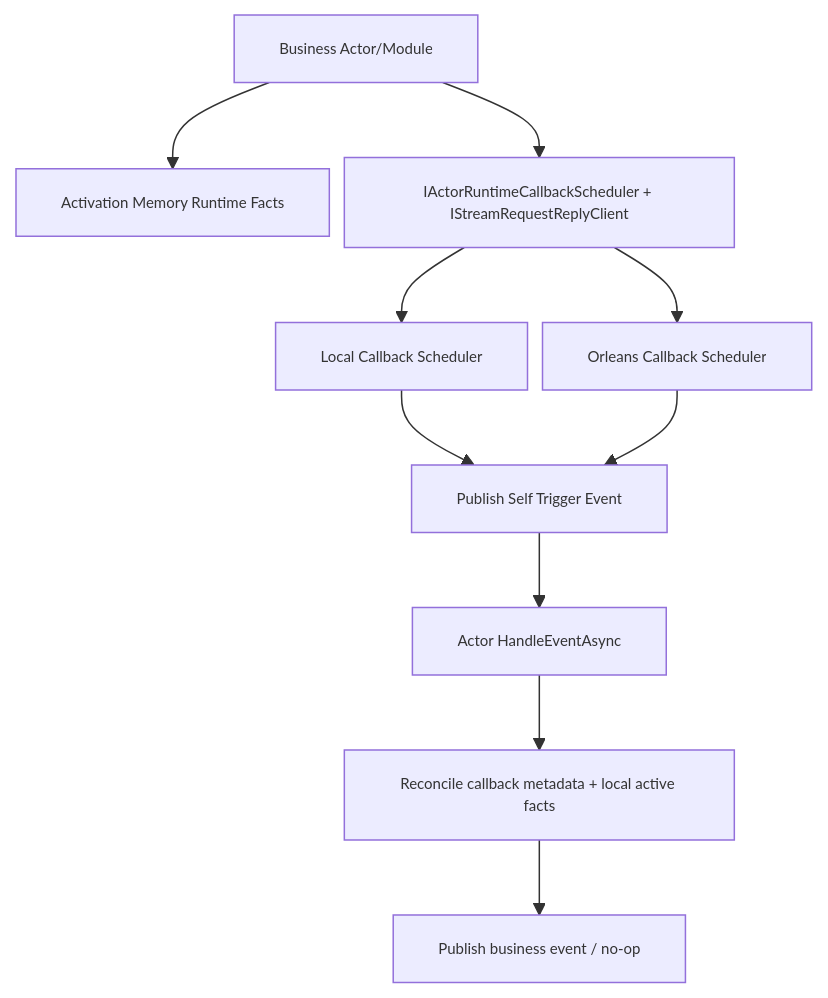
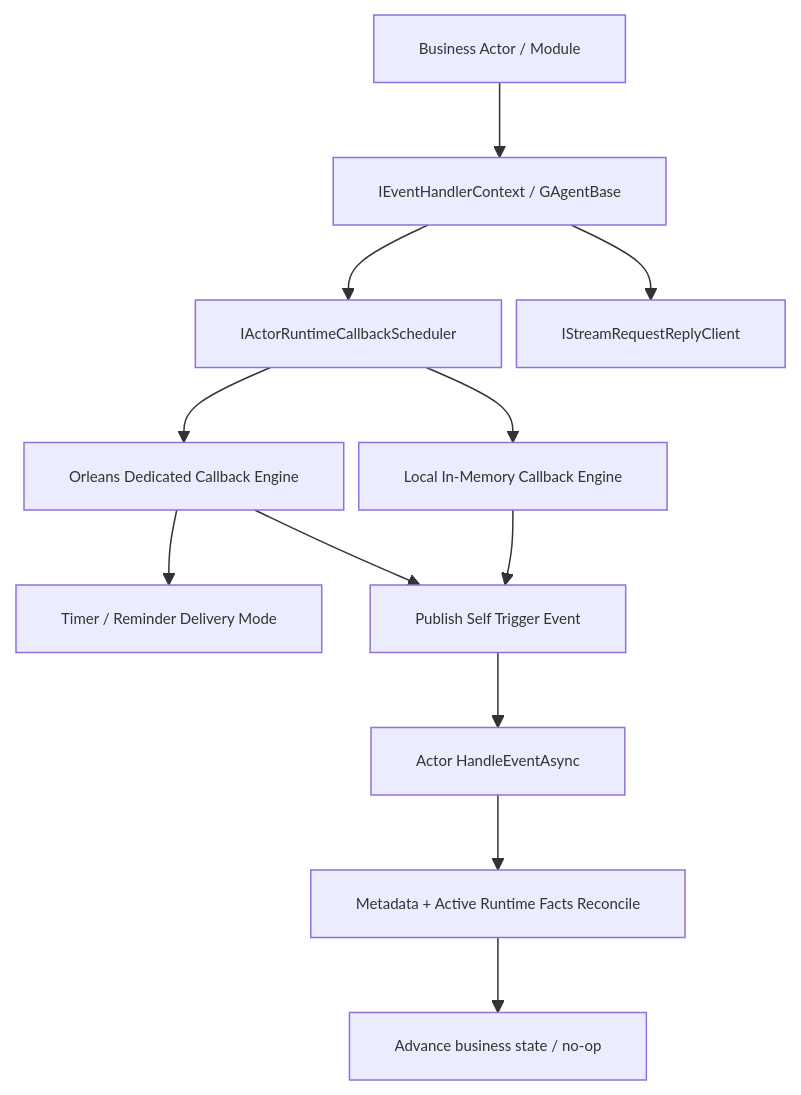
Before and after one commit to aevatarAI/aevatar: the diagram in docs/architecture/actor-runtime-stream-callback-request-reply-capability-refactor-blueprint-2026-03-05.md, drawn with Mermaid. The commit also changed other lines of this file and 30 other files, not shown here.

First line of the commit message:
Refactor actor runtime callback scheduler to enforce durable-only semantics

````diff
--- a/docs/architecture/actor-runtime-stream-callback-request-reply-capability-refactor-blueprint-2026-03-05.md
+++ b/docs/architecture/actor-runtime-stream-callback-request-reply-capability-refactor-blueprint-2026-03-05.md
@@ -75,13 +50,15 @@
 ```mermaid
 %%{init: {"maxTextSize": 100000, "flowchart": {"useMaxWidth": false, "nodeSpacing": 10, "rankSpacing": 50}, "themeVariables": {"fontSize": "10px"}}}%%
 flowchart TB
-    BIZ["Business Actor/Module"] --> MEM["Activation Memory Runtime Facts"]
-    BIZ --> ABS["IActorRuntimeCallbackScheduler + IStreamRequestReplyClient"]
-    ABS --> LOC["Local Callback Scheduler"]
-    ABS --> ORL["Orleans Callback Scheduler"]
+    BIZ["Business Actor / Module"] --> CTX["IEventHandlerContext / GAgentBase"]
+    CTX --> DUR["IActorRuntimeCallbackScheduler"]
+    CTX --> RR["IStreamRequestReplyClient"]
+    DUR --> LOC["Local In-Memory Callback Engine"]
+    DUR --> ORL["Orleans Dedicated Callback Engine"]
+    ORL --> DM["Timer / Reminder Delivery Mode"]
     LOC --> EVT["Publish Self Trigger Event"]
     ORL --> EVT
     EVT --> ACT["Actor HandleEventAsync"]
-    ACT --> REC["Reconcile callback metadata + local active facts"]
-    REC --> NEXT["Publish business event / no-op"]
+    ACT --> REC["Metadata + Active Runtime Facts Reconcile"]
+    REC --> NEXT["Advance business state / no-op"]
 ```
````
